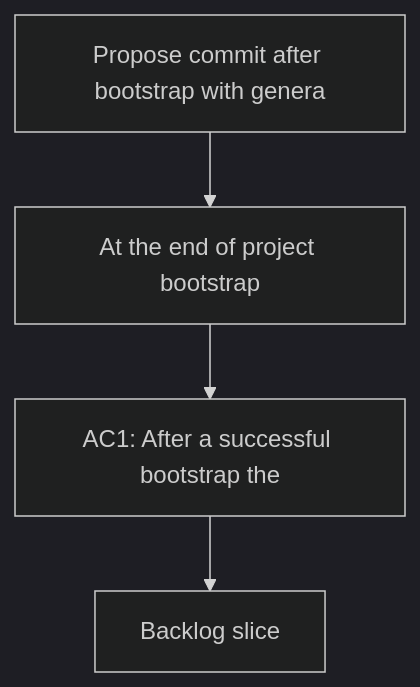
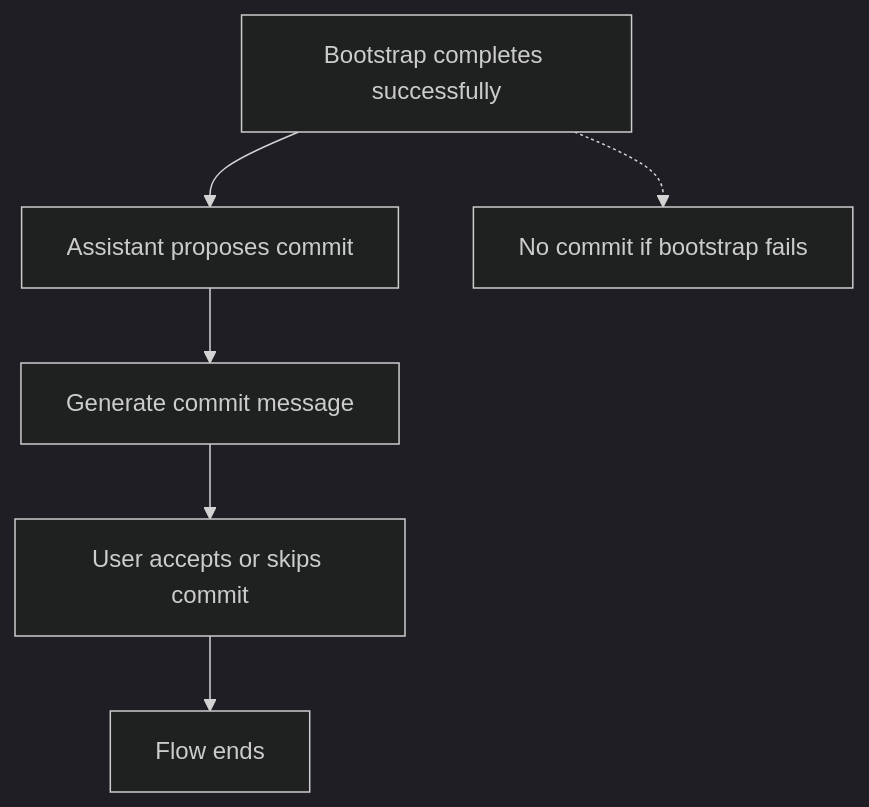
One commit to AlexAgo83/logics-manager changed the diagram in logics/request/req_021_propose_commit_after_bootstrap_with_generated_message.md. Above: the diagram before and after it, drawn with Mermaid (dark theme). The commit also changed 50 other files, not shown here.

````diff
--- a/logics/request/req_021_propose_commit_after_bootstrap_with_generated_message.md
+++ b/logics/request/req_021_propose_commit_after_bootstrap_with_generated_message.md
@@ -36,8 +36,10 @@
 ```mermaid
 %% logics-kind: request
 %% logics-signature: request|propose-commit-after-bootstrap-with-gene|at-the-end-of-project-bootstrap|ac1-after-a-successful-bootstrap-the
 flowchart TD
-    Trigger[Propose commit after bootstrap with genera] --> Need[At the end of project bootstrap]
-    Need --> Outcome[AC1: After a successful bootstrap the]
-    Outcome --> Backlog[Backlog slice]
+    Bootstrap[Bootstrap completes successfully] --> Proposal[Assistant proposes commit]
+    Proposal --> Message[Generate commit message]
+    Message --> UserChoice[User accepts or skips commit]
+    UserChoice --> End[Flow ends]
+    Bootstrap -.-> NoProposal[No commit if bootstrap fails]
 ```
````
